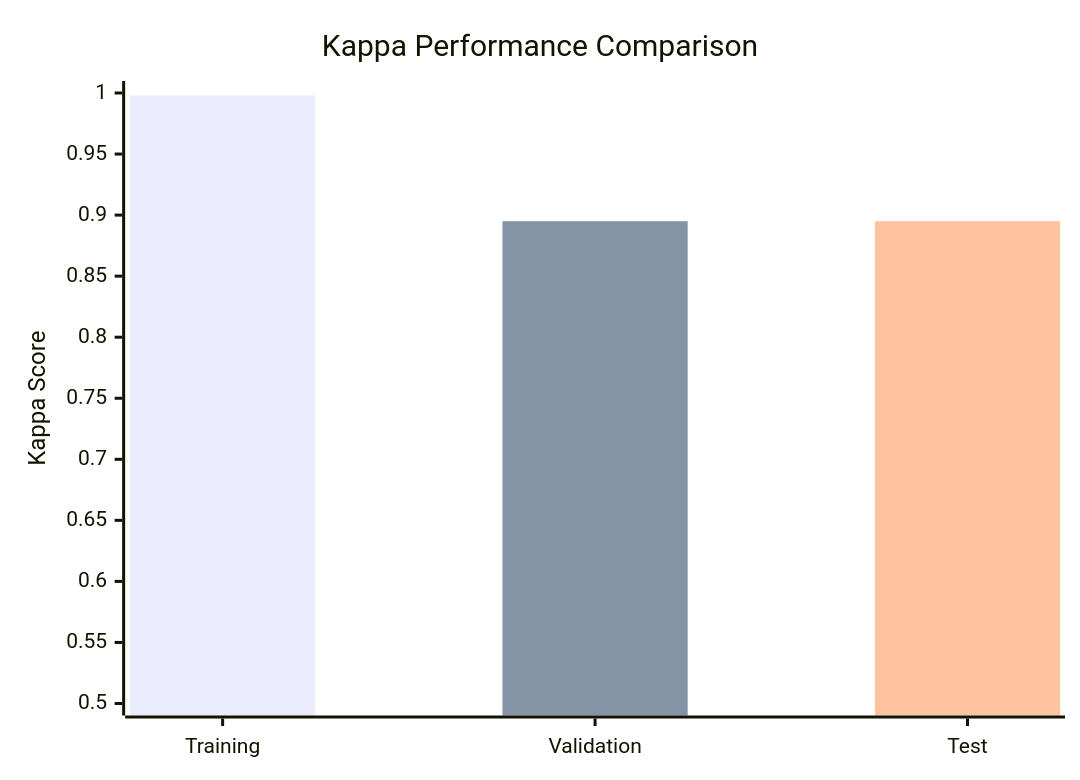
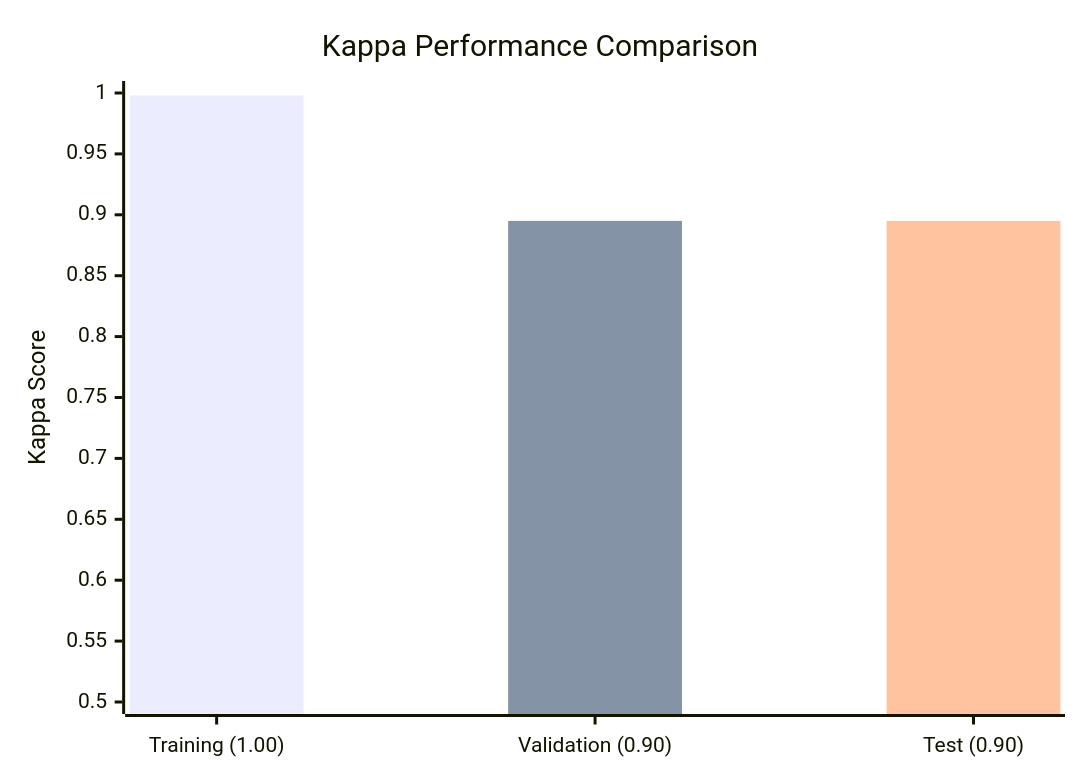
One commit to Daniel-Lachner-Piza/EEG_Characterizer_HFO changed the second of 5 diagrams in README.md. Above: the diagram before and after it, drawn with Mermaid. The commit also changed other lines of this file, not shown here.

````diff
--- a/README.md
+++ b/README.md
@@ -53,9 +53,9 @@
 ```mermaid
 xychart-beta
     title "Kappa Performance Comparison"
-    x-axis [Training, Validation, Test]
+    x-axis ["Training (1.00)", "Validation (0.90)", "Test (0.90)"]
     y-axis "Kappa Score" 0.5 --> 1.0
     bar "Training (1.00)" [0.998, 0, 0]
     bar "Validation (0.90)" [0, 0.895, 0]
     bar "Test (0.90)" [0, 0, 0.895]
 ```
````
